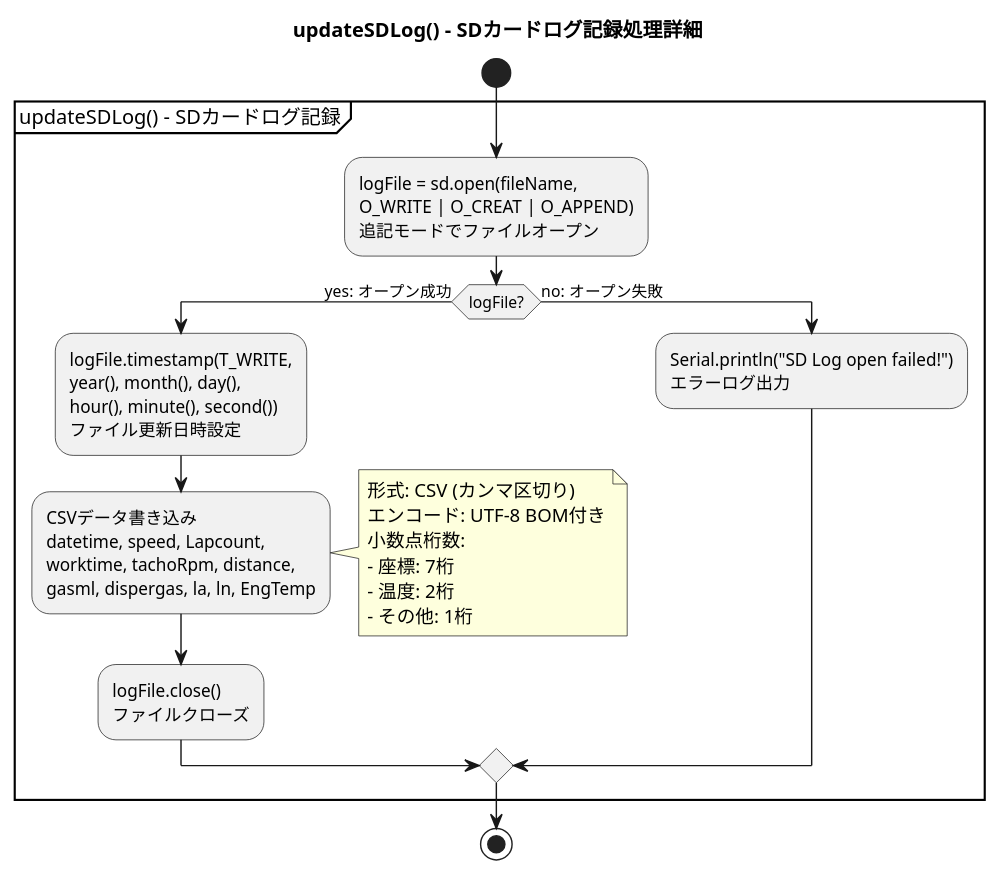
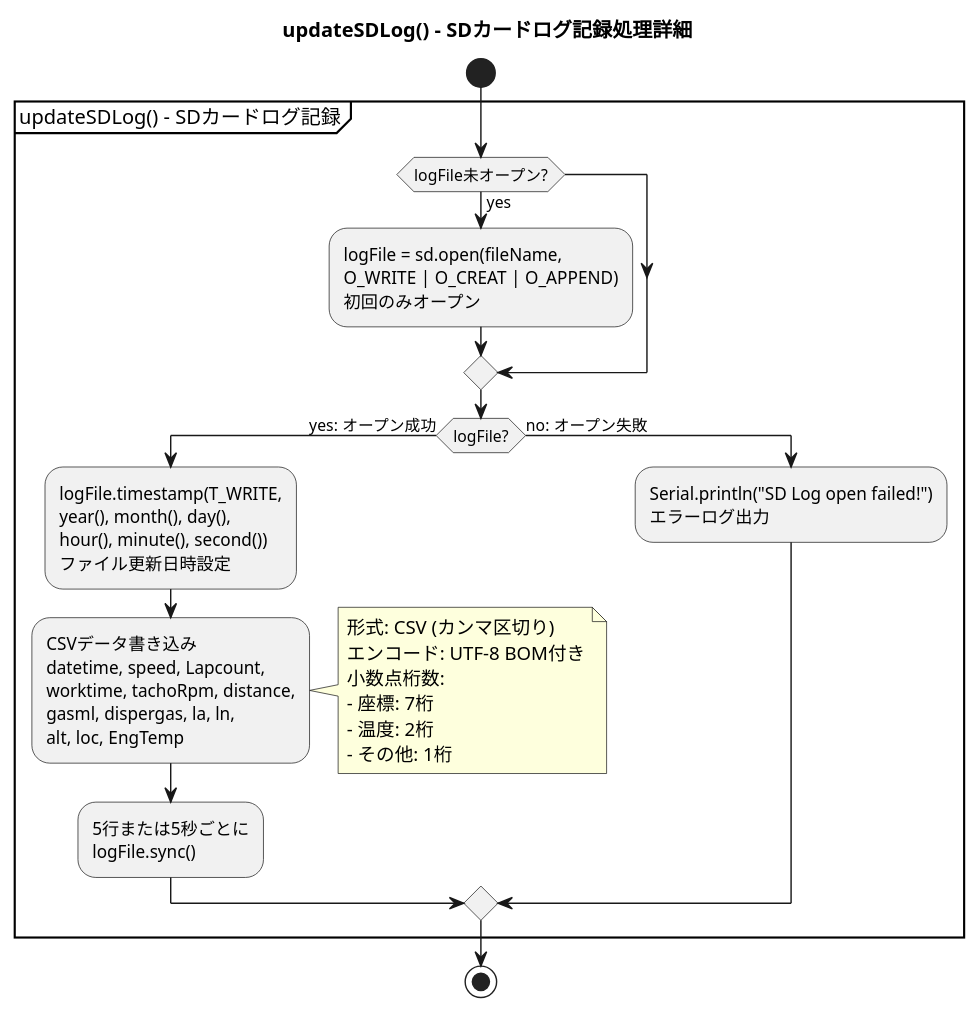
One commit to todateman/Chibi-T_Furoshiki_Logger changed the sixth of 8 diagrams in docs/flowchart.puml. Above: the diagram before and after it, drawn with PlantUML. The commit also changed other lines of this file and 3 other files, not shown here.

```diff
--- a/docs/flowchart.puml
+++ b/docs/flowchart.puml
@@ -806,42 +785,45 @@
 @startuml SDログ詳細
 title updateSDLog() - SDカードログ記録処理詳細
 
 start
 
 partition "updateSDLog() - SDカードログ記録" {
-    :logFile = sd.open(fileName, 
-    O_WRITE | O_CREAT | O_APPEND)
-    追記モードでファイルオープン;
+    if (logFile未オープン?) then (yes)
+        :logFile = sd.open(fileName,
+        O_WRITE | O_CREAT | O_APPEND)
+        初回のみオープン;
+    endif
     
     if (logFile?) then (yes: オープン成功)
         :logFile.timestamp(T_WRITE, 
         year(), month(), day(),
         hour(), minute(), second())
         ファイル更新日時設定;
         
         :CSVデータ書き込み
         datetime, speed, Lapcount,
         worktime, tachoRpm, distance,
-        gasml, dispergas, la, ln, EngTemp;
+        gasml, dispergas, la, ln,
+        alt, loc, EngTemp;
         
         note right
             形式: CSV (カンマ区切り)
             エンコード: UTF-8 BOM付き
             小数点桁数:
             - 座標: 7桁
             - 温度: 2桁
             - その他: 1桁
         end note
         
-        :logFile.close()
-        ファイルクローズ;
+        :5行または5秒ごとに
+        logFile.sync();
         
     else (no: オープン失敗)
         :Serial.println("SD Log open failed!")
         エラーログ出力;
     endif
 }
 
 stop
 
 @enduml
```
